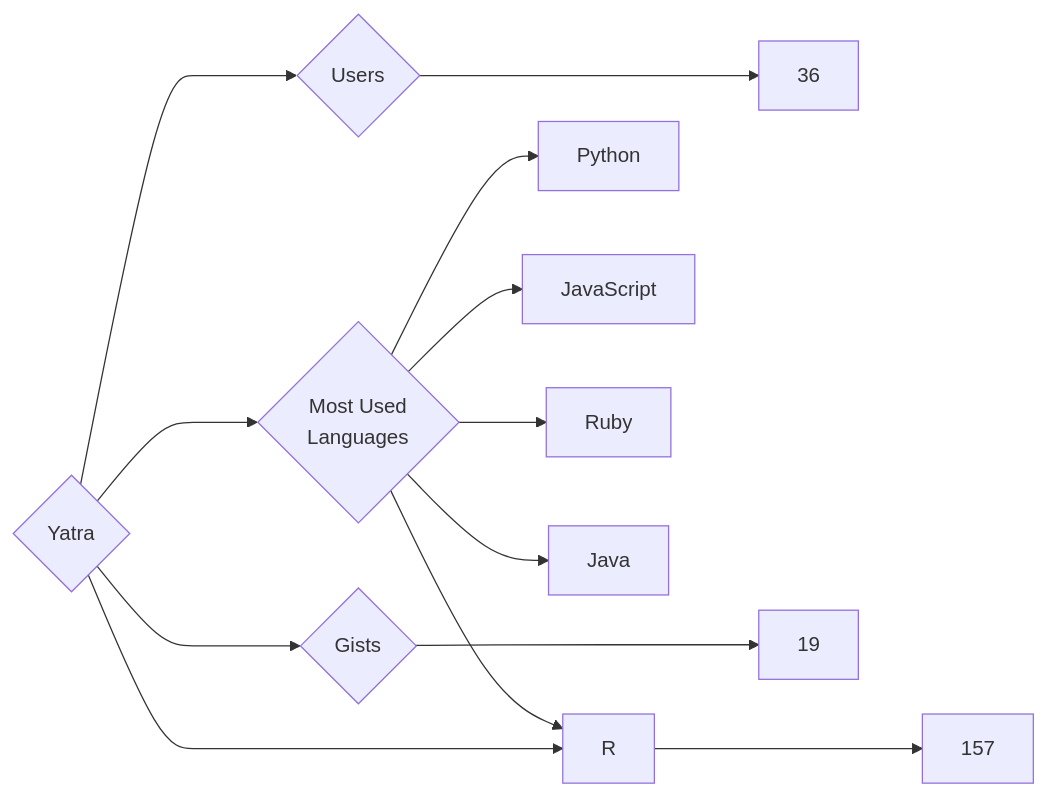
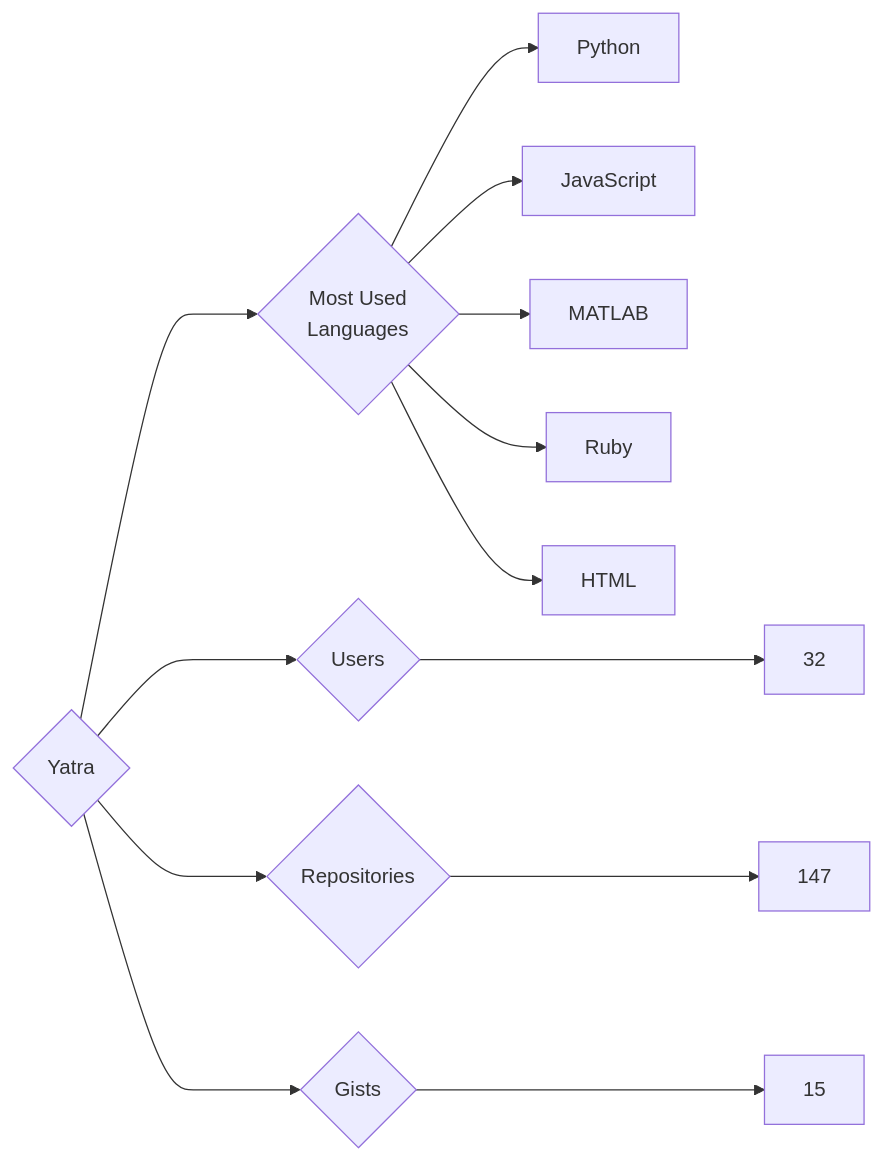
Before and after one commit to trickest/insiders: the diagram in targets/Yatra/README.md, drawn with Mermaid. The commit also changed 973 other files, not shown here.

````diff
--- a/targets/Yatra/README.md
+++ b/targets/Yatra/README.md
@@ -3,13 +3,13 @@
 ```mermaid
 graph LR
 COMPANY_NAME{Yatra}
-COMPANY_NAME ---> U{Users} ---> UN[36]
-COMPANY_NAME ---> R{Repositories} ---> RN[157]
-COMPANY_NAME ---> G{Gists} ---> GN[19]
+COMPANY_NAME ---> U{Users} ---> UN[32]
+COMPANY_NAME ---> R{Repositories} ---> RN[147]
+COMPANY_NAME ---> G{Gists} ---> GN[15]
 COMPANY_NAME ---> ML{Most Used<br>Languages}
 ML --> Python[Python]
 ML --> JavaScript[JavaScript]
+ML --> MATLAB[MATLAB]
 ML --> Ruby[Ruby]
-ML --> Java[Java]
-ML --> R[R]
+ML --> HTML[HTML]
 ```
````
